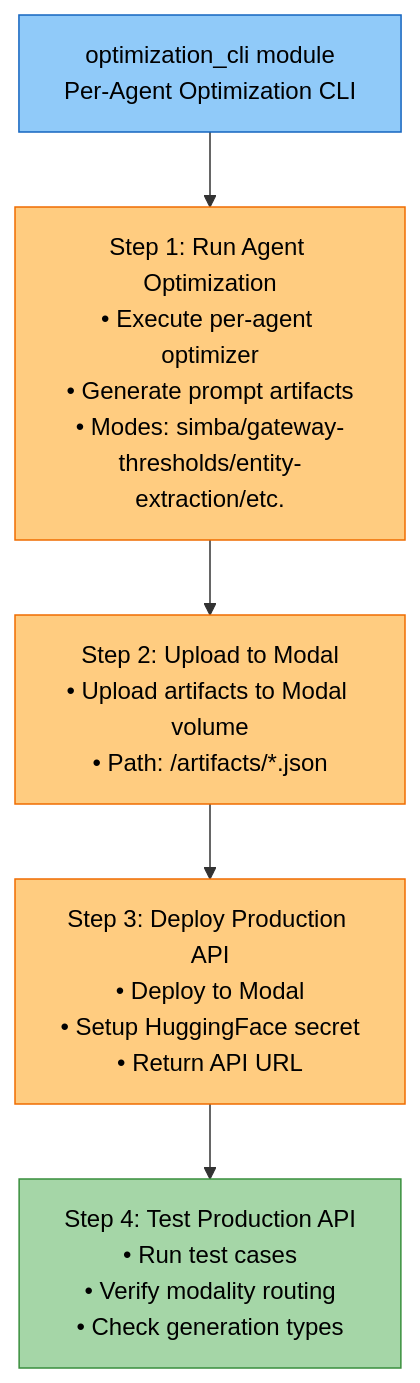
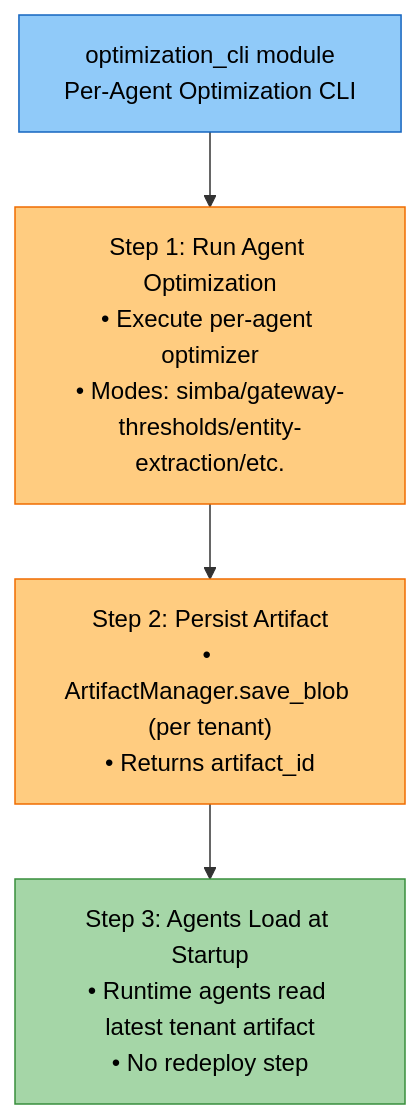
The second of 4 diagrams in docs/development/scripts-operations.md (amit-jain/cogniverse), drawn with Mermaid before and after one commit. The commit also changed other lines of this file and 3 other files, not shown here.

````diff
--- a/docs/development/scripts-operations.md
+++ b/docs/development/scripts-operations.md
@@ -148,23 +148,19 @@
 ```mermaid
 flowchart TB
     Start["<span style='color:#000'>optimization_cli module<br/>Per-Agent Optimization CLI</span>"]
 
-    Step1["<span style='color:#000'>Step 1: Run Agent Optimization<br/>• Execute per-agent optimizer<br/>• Generate prompt artifacts<br/>• Modes: simba/gateway-thresholds/entity-extraction/etc.</span>"]
+    Step1["<span style='color:#000'>Step 1: Run Agent Optimization<br/>• Execute per-agent optimizer<br/>• Modes: simba/gateway-thresholds/entity-extraction/etc.</span>"]
 
-    Step2["<span style='color:#000'>Step 2: Upload to Modal<br/>• Upload artifacts to Modal volume<br/>• Path: /artifacts/*.json</span>"]
+    Step2["<span style='color:#000'>Step 2: Persist Artifact<br/>• ArtifactManager.save_blob (per tenant)<br/>• Returns artifact_id</span>"]
 
-    Step3["<span style='color:#000'>Step 3: Deploy Production API<br/>• Deploy to Modal<br/>• Setup HuggingFace secret<br/>• Return API URL</span>"]
-
-    Step4["<span style='color:#000'>Step 4: Test Production API<br/>• Run test cases<br/>• Verify modality routing<br/>• Check generation types</span>"]
+    Step3["<span style='color:#000'>Step 3: Agents Load at Startup<br/>• Runtime agents read latest tenant artifact<br/>• No redeploy step</span>"]
 
     Start --> Step1
     Step1 --> Step2
     Step2 --> Step3
-    Step3 --> Step4
 
     style Start fill:#90caf9,stroke:#1565c0,color:#000
     style Step1 fill:#ffcc80,stroke:#ef6c00,color:#000
     style Step2 fill:#ffcc80,stroke:#ef6c00,color:#000
-    style Step3 fill:#ffcc80,stroke:#ef6c00,color:#000
-    style Step4 fill:#a5d6a7,stroke:#388e3c,color:#000
+    style Step3 fill:#a5d6a7,stroke:#388e3c,color:#000
 ```
````
